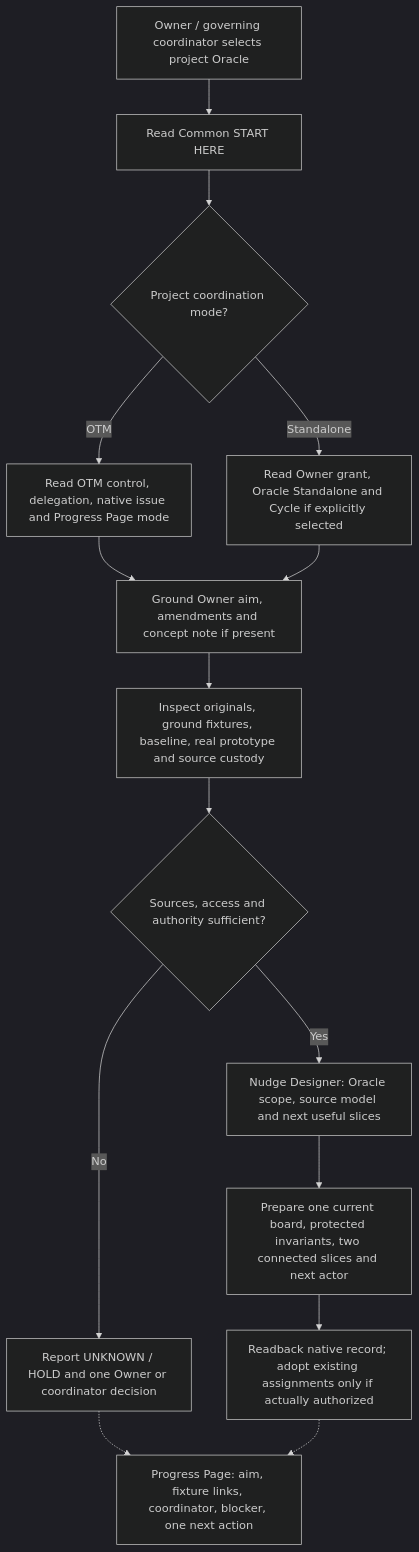
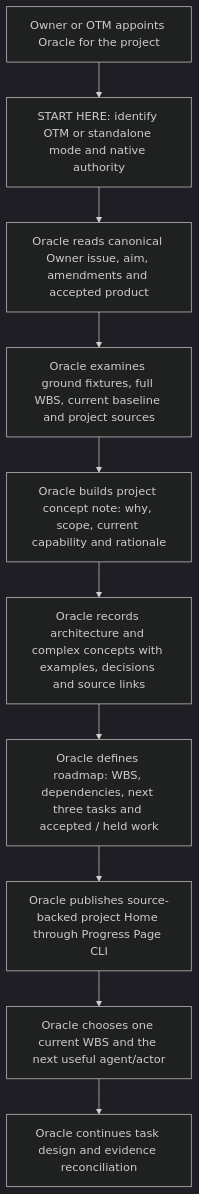
One commit to reallakshman19/Common changed the first of 5 diagrams in skills/agent-work/ENTRY_PROCESS_MAPS.md. Above: the diagram before and after it, drawn with Mermaid (dark theme). The commit also changed other lines of this file, not shown here.

Commit message:
docs(agent-work): correct five maps for Oracle ownership, Cycle now, v3.6 and project Home

````diff
--- a/skills/agent-work/ENTRY_PROCESS_MAPS.md
+++ b/skills/agent-work/ENTRY_PROCESS_MAPS.md
@@ -18,17 +18,12 @@
 ```mermaid
 flowchart TD
-  A0["Owner / governing coordinator selects project Oracle"] --> A1["Read Common START HERE"]
-  A1 --> A2{"Project coordination mode?"}
-  A2 -->|OTM| A3["Read OTM control, delegation, native issue and Progress Page mode"]
-  A2 -->|Standalone| A4["Read Owner grant, Oracle Standalone and Cycle if explicitly selected"]
-  A3 --> A5["Ground Owner aim, amendments and concept note if present"]
-  A4 --> A5
-  A5 --> A6["Inspect originals, ground fixtures, baseline, real prototype and source custody"]
-  A6 --> A7{"Sources, access and authority sufficient?"}
-  A7 -->|No| AH["Report UNKNOWN / HOLD and one Owner or coordinator decision"]
-  A7 -->|Yes| A8["Nudge Designer: Oracle scope, source model and next useful slices"]
-  A8 --> A9["Prepare one current board, protected invariants, two connected slices and next actor"]
-  A9 --> A10["Readback native record; adopt existing assignments only if actually authorized"]
-  AH -.-> AP["Progress Page: aim, fixture links, coordinator, blocker, one next action"]
-  A10 -.-> AP
+  A0["Owner or OTM appoints Oracle for the project"] --> A1["START HERE: identify OTM or standalone mode and native authority"]
+  A1 --> A2["Oracle reads canonical Owner issue, aim, amendments and accepted product"]
+  A2 --> A3["Oracle examines ground fixtures, full WBS, current baseline and project sources"]
+  A3 --> A4["Oracle builds project concept note: why, scope, current capability and rationale"]
+  A4 --> A5["Oracle records architecture and complex concepts with examples, decisions and source links"]
+  A5 --> A6["Oracle defines roadmap: WBS, dependencies, next three tasks and accepted / held work"]
+  A6 --> A7["Oracle publishes source-backed project Home through Progress Page CLI"]
+  A7 --> A8["Oracle chooses one current WBS and the next useful agent/actor"]
+  A8 --> A9["Oracle continues task design and evidence reconciliation"]
 ```
````
